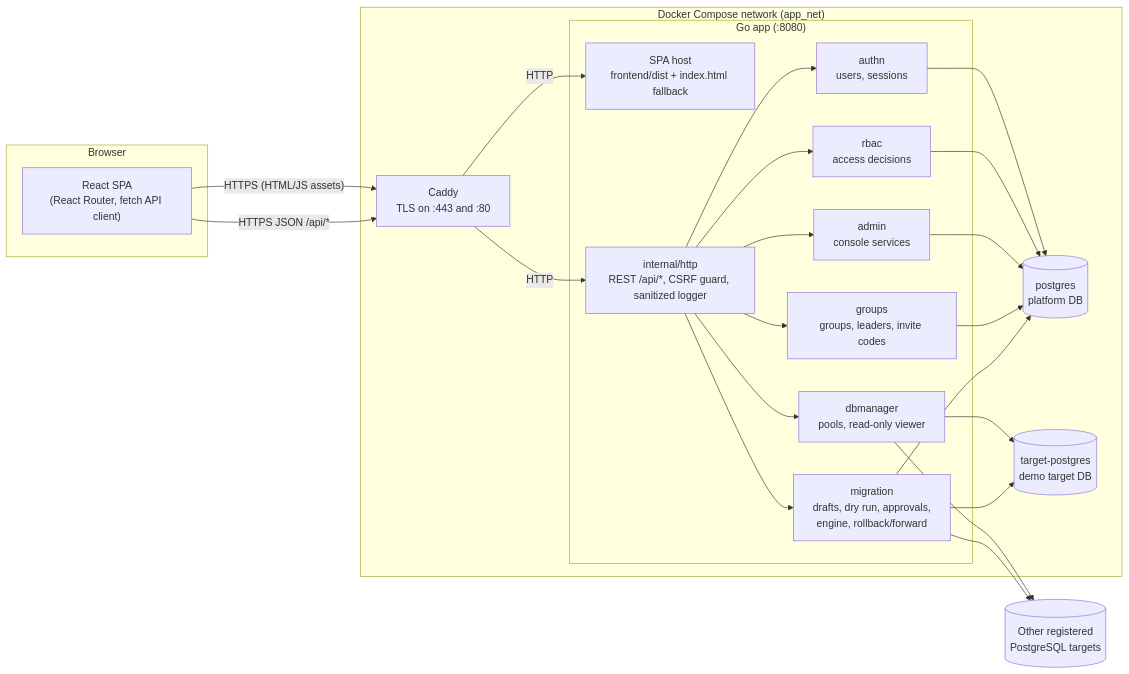
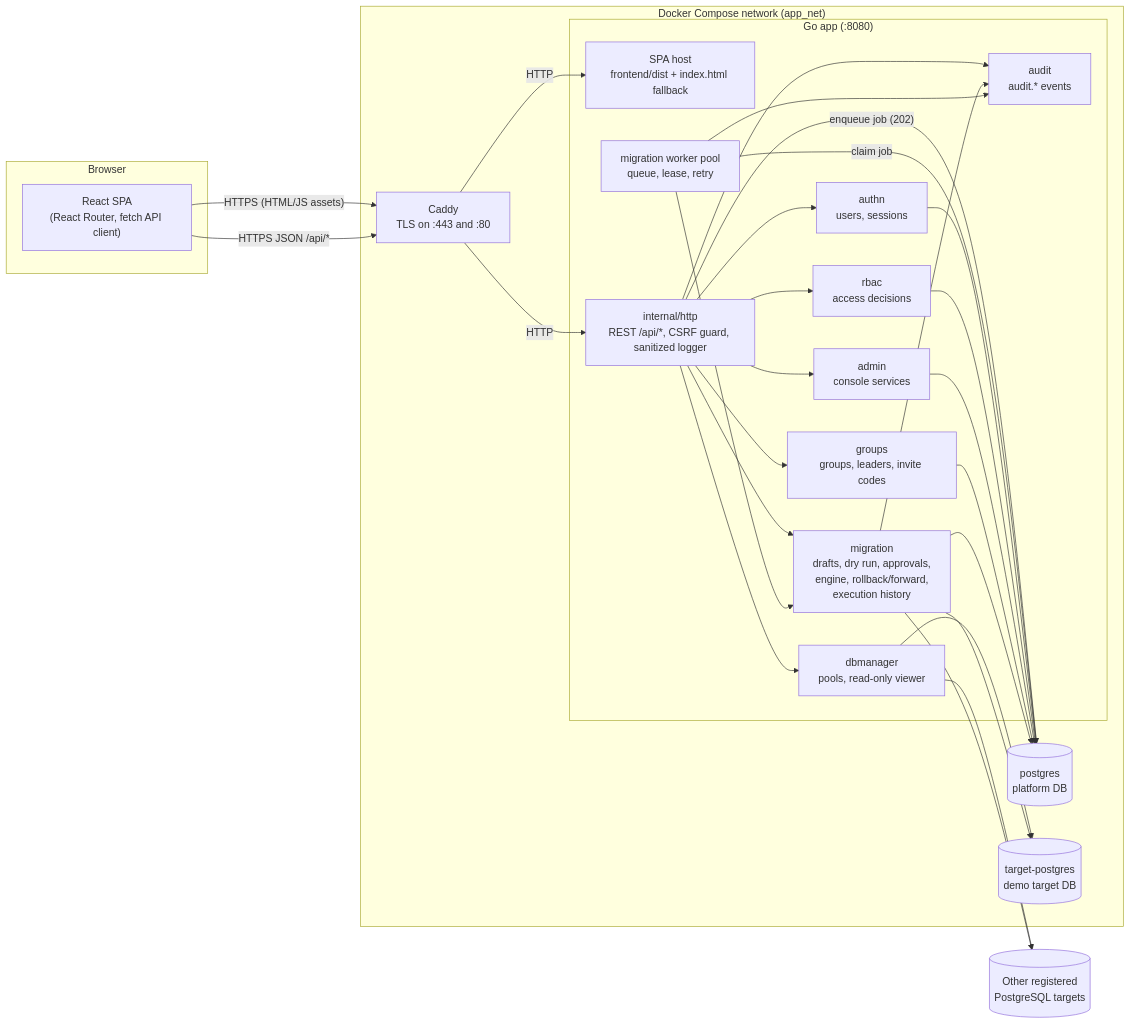
Before and after one commit to m-akma1/if3110-web-application-development: the diagram in README.md, drawn with Mermaid. The commit also changed other lines of this file, not shown here.

Commit message:
docs(readme): document async execution, execution history and audit

````diff
--- a/README.md
+++ b/README.md
@@ -216,35 +220,41 @@
 ```mermaid
 flowchart LR
     subgraph browser["Browser"]
         spa["React SPA<br/>(React Router, fetch API client)"]
     end
 
     subgraph compose["Docker Compose network (app_net)"]
         caddy["Caddy<br/>TLS on :443 and :80"]
 
         subgraph app["Go app (:8080)"]
             static["SPA host<br/>frontend/dist + index.html fallback"]
             http["internal/http<br/>REST /api/*, CSRF guard, sanitized logger"]
             authn["authn<br/>users, sessions"]
             rbac["rbac<br/>access decisions"]
             admin["admin<br/>console services"]
             groups["groups<br/>groups, leaders, invite codes"]
             viewer["dbmanager<br/>pools, read-only viewer"]
-            migr["migration<br/>drafts, dry run, approvals,<br/>engine, rollback/forward"]
+            migr["migration<br/>drafts, dry run, approvals,<br/>engine, rollback/forward,<br/>execution history"]
+            worker["migration worker pool<br/>queue, lease, retry"]
+            audit["audit<br/>audit.* events"]
         end
 
         platform[("postgres<br/>platform DB")]
         target[("target-postgres<br/>demo target DB")]
     end
 
     other[("Other registered<br/>PostgreSQL targets")]
 
     spa -- "HTTPS (HTML/JS assets)" --> caddy
     spa -- "HTTPS JSON /api/*" --> caddy
     caddy -- HTTP --> static
     caddy -- HTTP --> http
     http --> authn & rbac & admin & groups & viewer & migr
+    http -- "enqueue job (202)" --> platform
+    worker -- "claim job" --> platform
+    worker --> migr
+    http & migr & worker --> audit
     authn & rbac & admin & groups & migr --> platform
     viewer & migr --> target
     viewer & migr --> other
 ```
````
